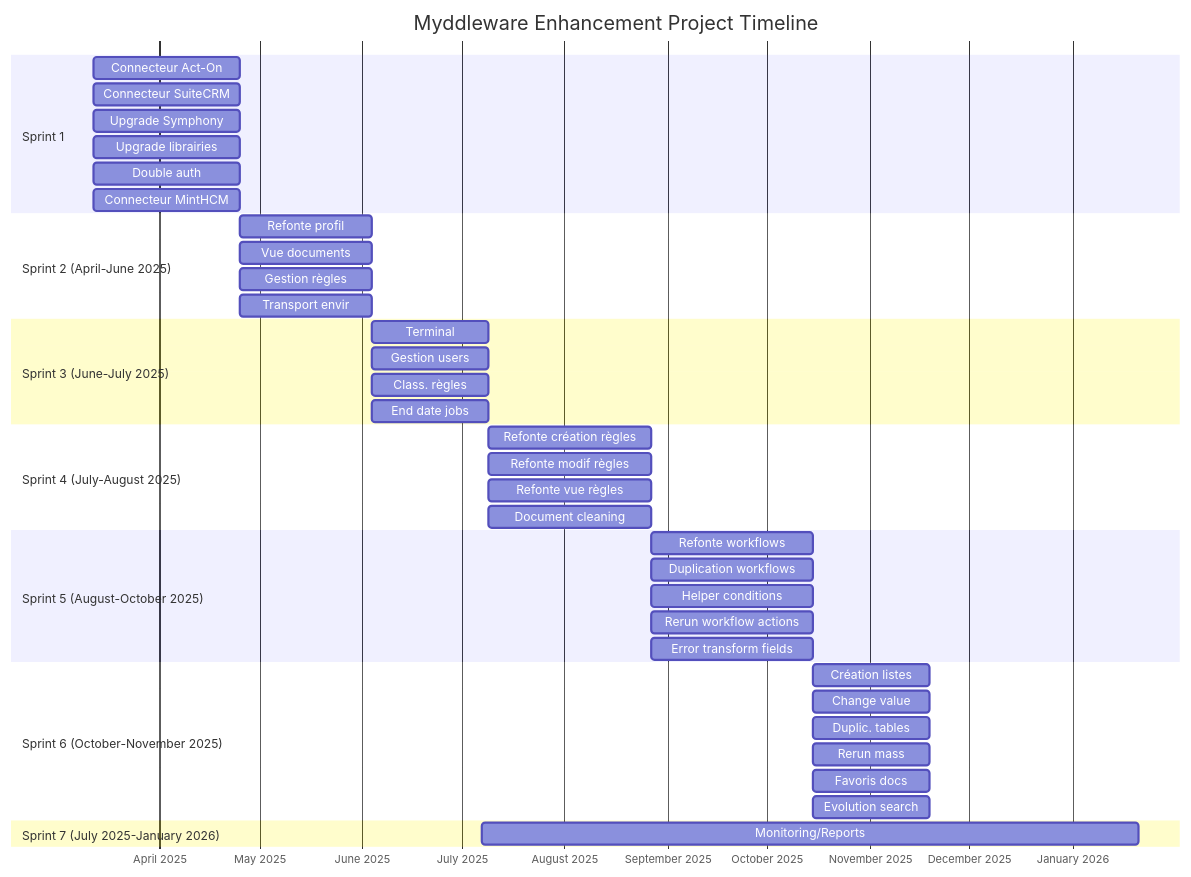
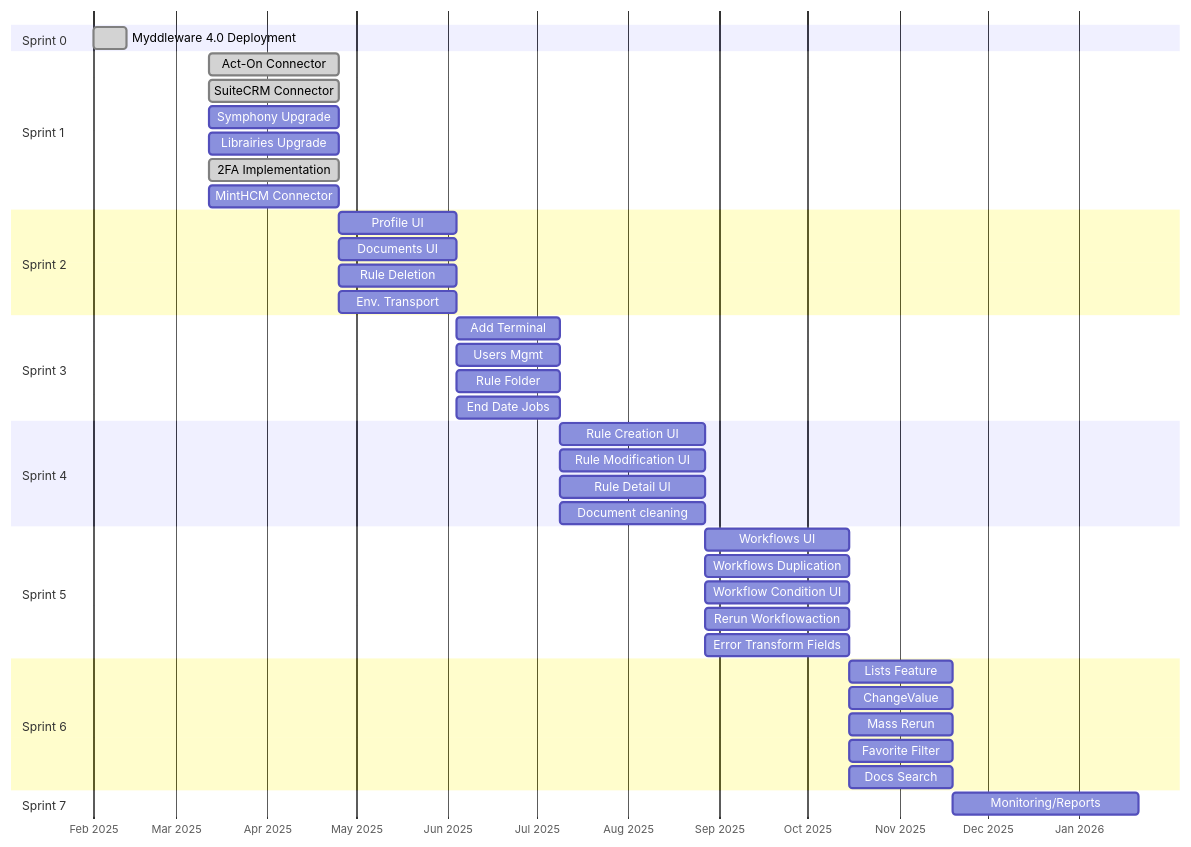
The diagram in roadmap/roadmap.md (Myddleware/myddleware-docs), drawn with Mermaid before and after one commit. The commit also changed other lines of this file, not shown here.

Commit message:
Setting up roadmap

````diff
--- a/roadmap/roadmap.md
+++ b/roadmap/roadmap.md
@@ -3,50 +62,53 @@
 ```mermaid
 gantt
-    title Myddleware Enhancement Project Timeline
     dateFormat YYYY-MM-DD
-    axisFormat %B %Y
+    axisFormat %b %Y
+        
+    section Sprint 0
+    Myddleware 4.0 Deployment       :done, 2025-02-01, 2025-02-12
 
     section Sprint 1
-    Connecteur Act-On       :2025-03-12, 2025-04-25
-    Connecteur SuiteCRM    :2025-03-12, 2025-04-25
-    Upgrade Symphony       :2025-03-12, 2025-04-25
-    Upgrade librairies    :2025-03-12, 2025-04-25
-    Double auth           :2025-03-12, 2025-04-25
-    Connecteur MintHCM    :2025-03-12, 2025-04-25
+    Act-On Connector    :done, 2025-03-12, 2025-04-25
+    SuiteCRM Connector    :done, 2025-03-12, 2025-04-25
+    Symphony Upgrade       : 2025-03-12, 2025-04-25
+    Librairies Upgrade    :2025-03-12, 2025-04-25
+    2FA Implementation           :done, 2025-03-12, 2025-04-25
+    MintHCM Connector    :2025-03-12, 2025-04-25
 
-    section Sprint 2 (April-June 2025)
-    Refonte profil        :2025-04-25, 2025-06-04
-    Vue documents         :2025-04-25, 2025-06-04
-    Gestion règles       :2025-04-25, 2025-06-04
-    Transport envir      :2025-04-25, 2025-06-04
+    section Sprint 2
+    Profile UI        :2025-04-25, 2025-06-04
+    Documents UI         :2025-04-25, 2025-06-04
+    Rule Deletion       :2025-04-25, 2025-06-04
+    Env. Transport     :2025-04-25, 2025-06-04
 
-    section Sprint 3 (June-July 2025)
-    Terminal             :2025-06-04, 2025-07-09
-    Gestion users        :2025-06-04, 2025-07-09
-    Class. règles        :2025-06-04, 2025-07-09
-    End date jobs        :2025-06-04, 2025-07-09
+    section Sprint 3
+    Add Terminal             :2025-06-04, 2025-07-09
+    Users Mgmt        :2025-06-04, 2025-07-09
+    Rule Folder        :2025-06-04, 2025-07-09
+    End Date Jobs        :2025-06-04, 2025-07-09
 
-    section Sprint 4 (July-August 2025)
-    Refonte création règles   :2025-07-09, 2025-08-27
-    Refonte modif règles     :2025-07-09, 2025-08-27
-    Refonte vue règles       :2025-07-09, 2025-08-27
+    section Sprint 4
+    Rule Creation UI   :2025-07-09, 2025-08-27
+    Rule Modification UI     :2025-07-09, 2025-08-27
+    Rule Detail UI       :2025-07-09, 2025-08-27
     Document cleaning        :2025-07-09, 2025-08-27
 
-    section Sprint 5 (August-October 2025)
-    Refonte workflows        :2025-08-27, 2025-10-15
-    Duplication workflows    :2025-08-27, 2025-10-15
-    Helper conditions        :2025-08-27, 2025-10-15
-    Rerun workflow actions   :2025-08-27, 2025-10-15
-    Error transform fields   :2025-08-27, 2025-10-15
+    section Sprint 5
+    Workflows UI        :2025-08-27, 2025-10-15
+    Workflows Duplication    :2025-08-27, 2025-10-15
+    Workflow Condition UI        :2025-08-27, 2025-10-15
+    Rerun Workflowaction   :2025-08-27, 2025-10-15
+    Error Transform Fields   :2025-08-27, 2025-10-15
 
-    section Sprint 6 (October-November 2025)
-    Création listes        :2025-10-15, 2025-11-19
-    Change value          :2025-10-15, 2025-11-19
-    Duplic. tables        :2025-10-15, 2025-11-19
-    Rerun mass           :2025-10-15, 2025-11-19
-    Favoris docs         :2025-10-15, 2025-11-19
-    Evolution search     :2025-10-15, 2025-11-19
+    section Sprint 6
+    Lists Feature        :2025-10-15, 2025-11-19
+    ChangeValue         :2025-10-15, 2025-11-19
+    Mass Rerun           :2025-10-15, 2025-11-19
+    Favorite Filter         :2025-10-15, 2025-11-19
+    Docs Search     :2025-10-15, 2025-11-19
 
-    section Sprint 7 (July 2025-January 2026)
-    Monitoring/Reports       :2025-07-07, 2026-01-21
+    section Sprint 7
+    Monitoring/Reports       :2025-11-19, 2026-01-21
+
+  
 ```
````
